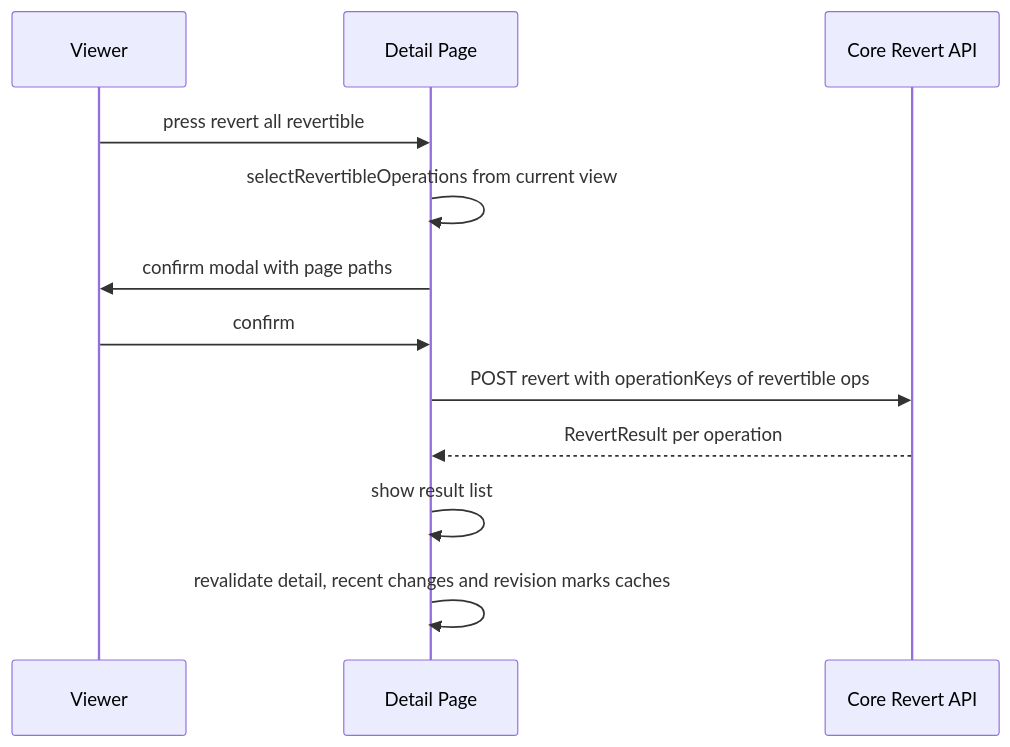
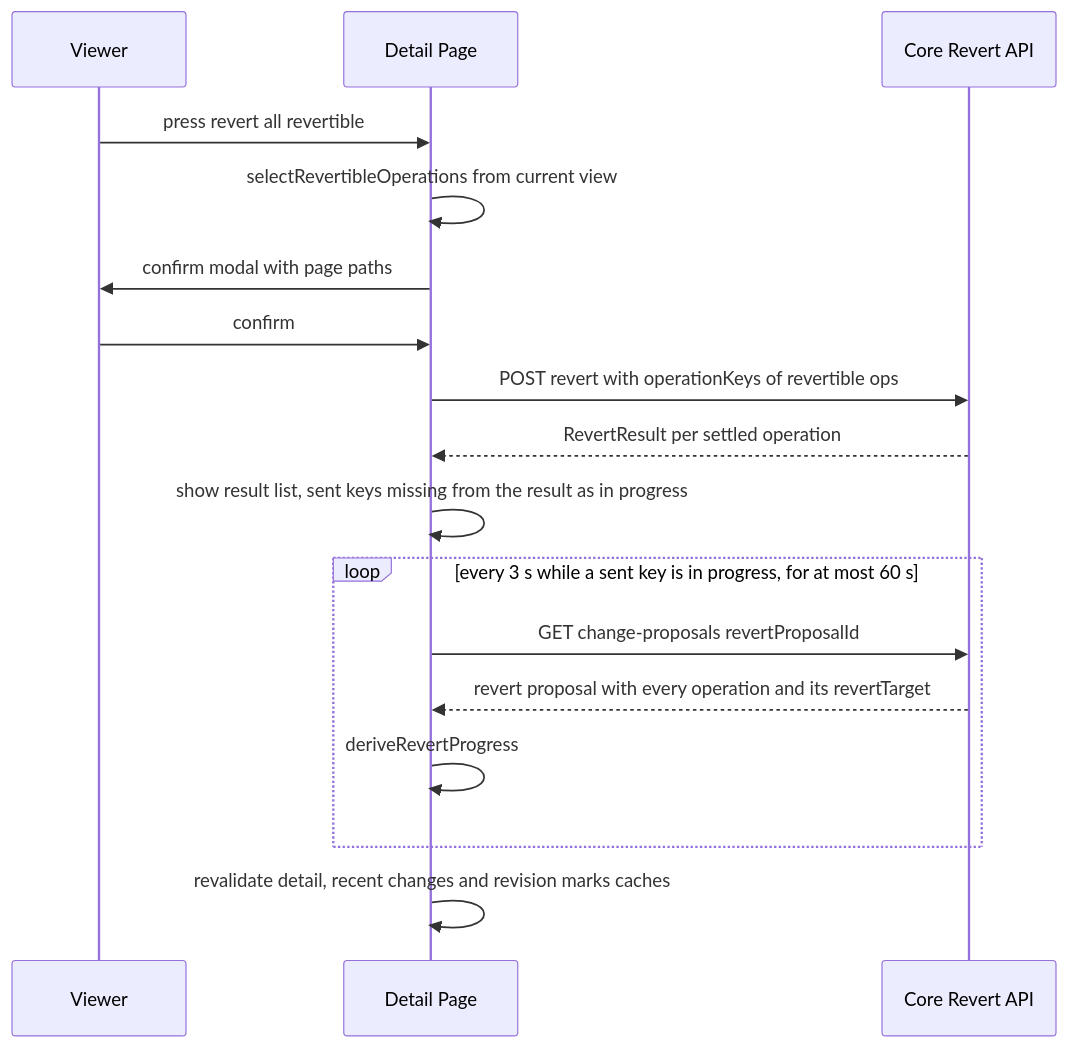
The third of 4 diagrams in .kiro/specs/change-proposal-viewer/design.md (growilabs/growi), drawn with Mermaid before and after one commit. The commit also changed other lines of this file and 9 other files, not shown here.

First line of the commit message:
docs(change-proposal): align the viewer spec with the shipped core and keep paths of deleted pages

````diff
--- a/.kiro/specs/change-proposal-viewer/design.md
+++ b/.kiro/specs/change-proposal-viewer/design.md
@@ -263,14 +272,19 @@
 ```mermaid
 sequenceDiagram
     participant User as Viewer
     participant Detail as Detail Page
     participant Core as Core Revert API
     User->>Detail: press revert all revertible
     Detail->>Detail: selectRevertibleOperations from current view
     Detail->>User: confirm modal with page paths
     User->>Detail: confirm
     Detail->>Core: POST revert with operationKeys of revertible ops
-    Core-->>Detail: RevertResult per operation
-    Detail->>Detail: show result list
+    Core-->>Detail: RevertResult per settled operation
+    Detail->>Detail: show result list, sent keys missing from the result as in progress
+    loop every 3 s while a sent key is in progress, for at most 60 s
+        Detail->>Core: GET change-proposals revertProposalId
+        Core-->>Detail: revert proposal with every operation and its revertTarget
+        Detail->>Detail: deriveRevertProgress
+    end
     Detail->>Detail: revalidate detail, recent changes and revision marks caches
 ```
````
